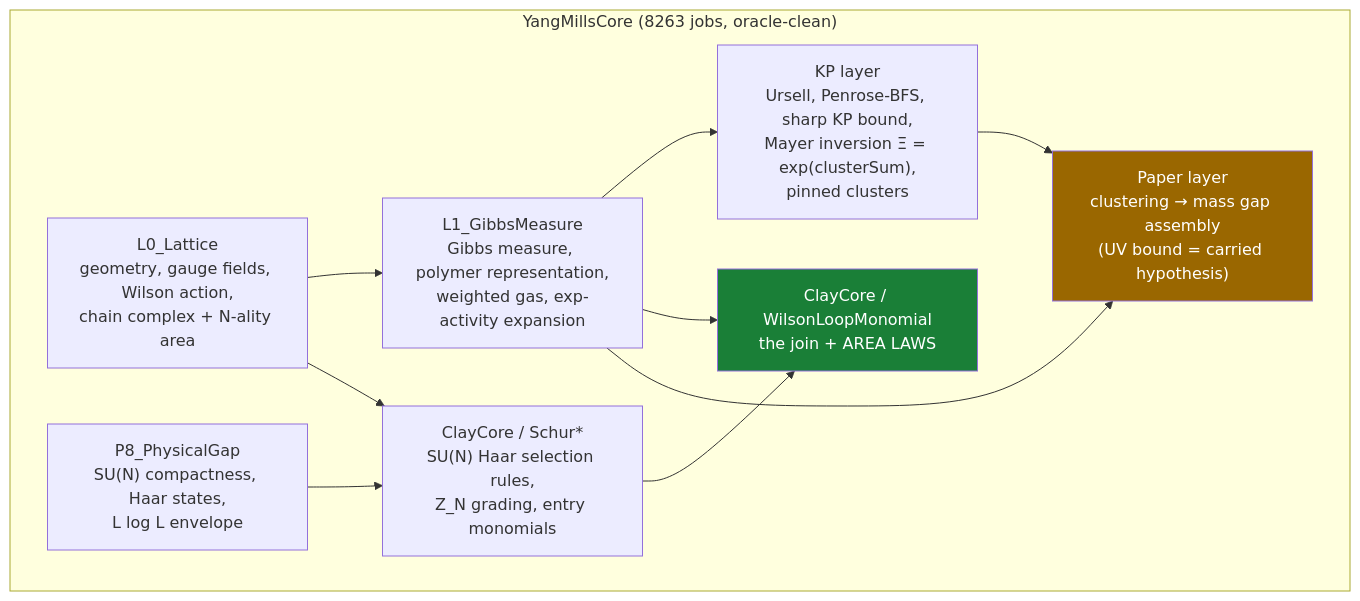
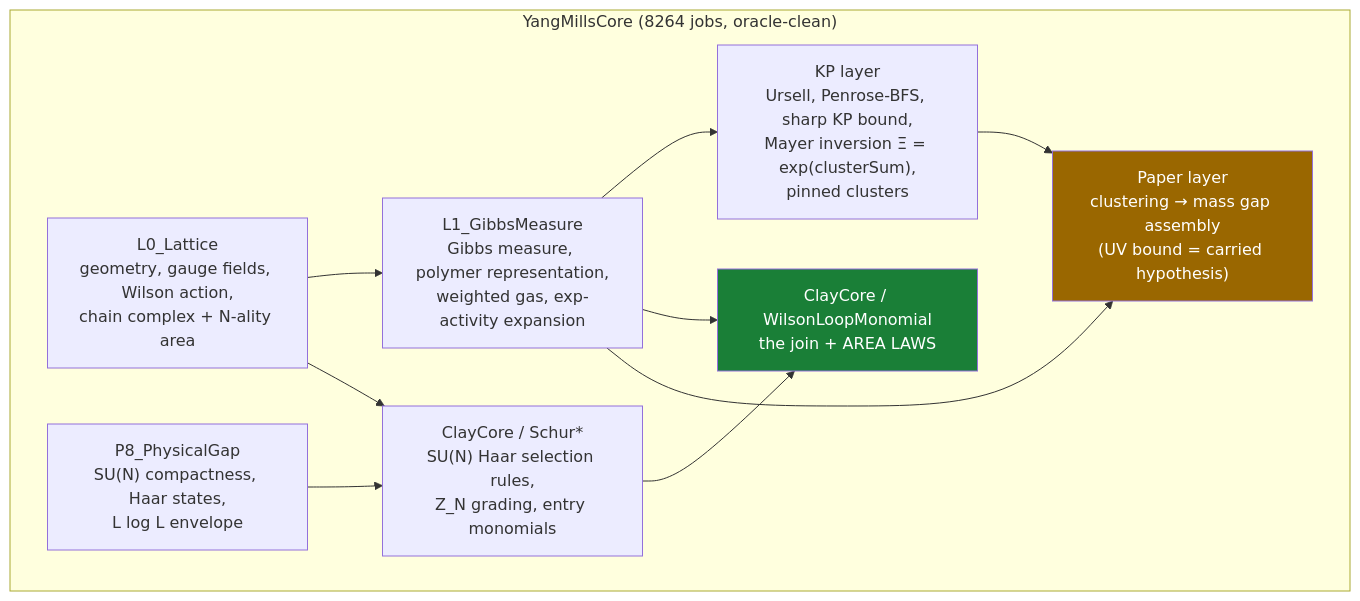
One commit to lluiseriksson/THE-ERIKSSON-PROGRAMME changed the diagram in README.md. Above: the diagram before and after it, drawn with Mermaid. The commit also changed other lines of this file and 11 other files, not shown here.

````diff
--- a/README.md
+++ b/README.md
@@ -203,20 +203,20 @@
 ```mermaid
 graph TD
-    subgraph core["YangMillsCore  (8263 jobs, oracle-clean)"]
+    subgraph core["YangMillsCore  (8264 jobs, oracle-clean)"]
         L0["L0_Lattice<br/>geometry, gauge fields, Wilson action,<br/>chain complex + N-ality area"]
         L1["L1_GibbsMeasure<br/>Gibbs measure, polymer representation,<br/>weighted gas, exp-activity expansion"]
         KP["KP layer<br/>Ursell, Penrose-BFS, sharp KP bound,<br/>Mayer inversion Ξ = exp(clusterSum),<br/>pinned clusters"]
         SCHUR["ClayCore / Schur*<br/>SU(N) Haar selection rules,<br/>Z_N grading, entry monomials"]
         WLM["ClayCore / WilsonLoopMonomial<br/>the join + AREA LAWS"]
         PAPER["Paper layer<br/>clustering → mass gap assembly<br/>(UV bound = carried hypothesis)"]
         P8["P8_PhysicalGap<br/>SU(N) compactness, Haar states,<br/>L log L envelope"]
     end
     L0 --> L1 --> KP
     L0 --> SCHUR --> WLM
     L1 --> WLM
     L1 --> PAPER
     KP --> PAPER
     P8 --> SCHUR
     style WLM fill:#1a7f37,color:#fff
     style PAPER fill:#9a6700,color:#fff
 ```
````
